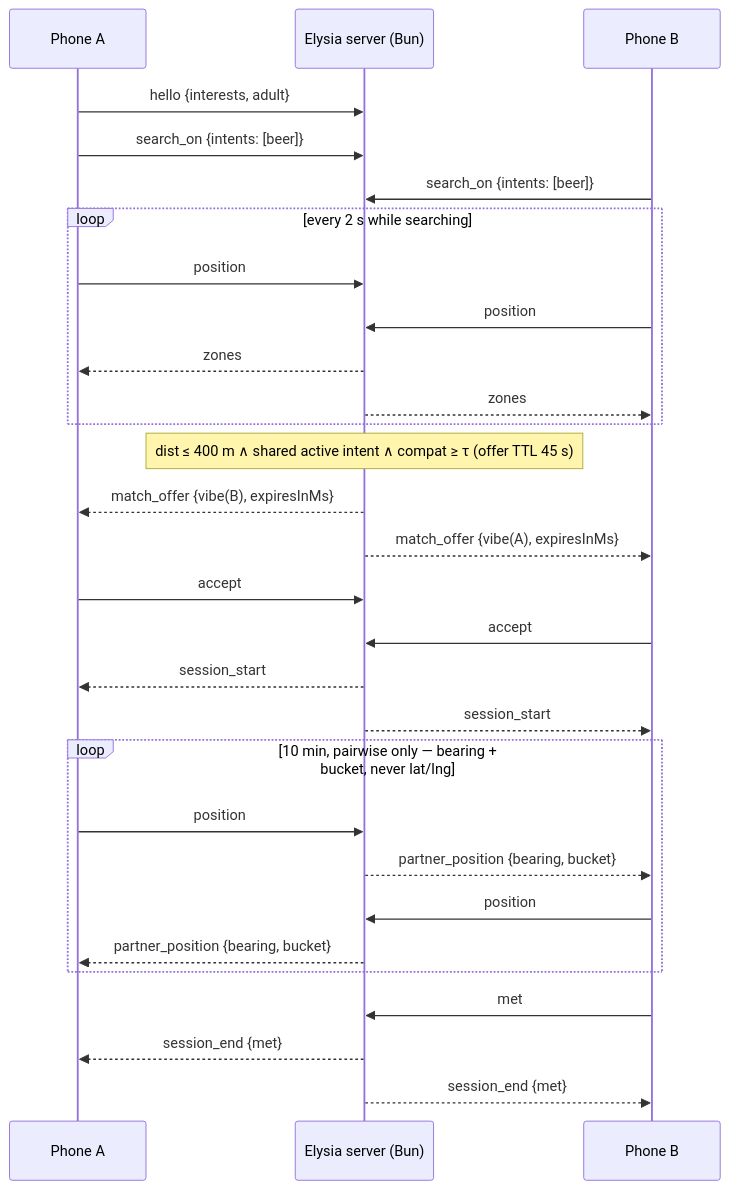
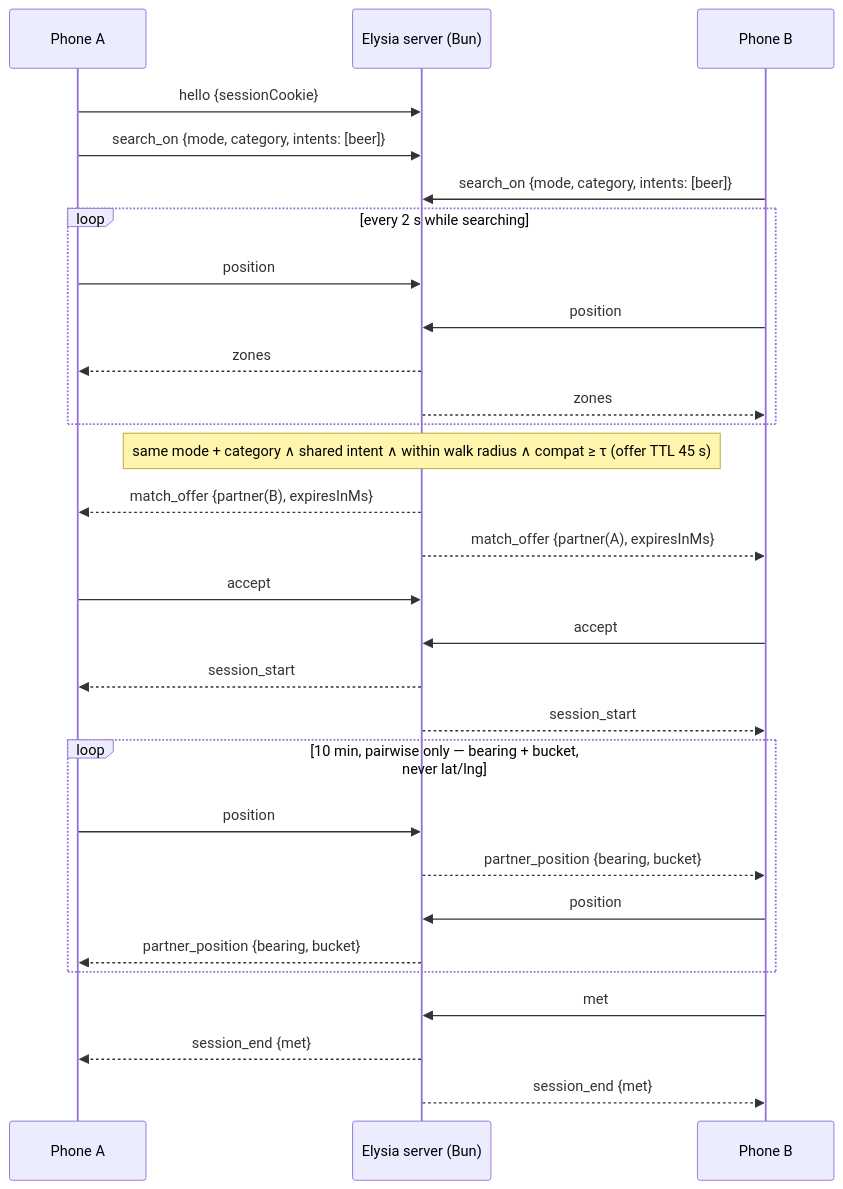
Before and after one commit to uteg-labs/just-mate: the second of 2 diagrams in docs/STRUCTURE.md, drawn with Mermaid. The commit also changed other lines of this file and 32 other files, not shown here.

First line of the commit message:
feat(server): design-system flows on the wire and the matching loop

````diff
--- a/docs/STRUCTURE.md
+++ b/docs/STRUCTURE.md
@@ -251,31 +254,31 @@
 ```mermaid
 sequenceDiagram
     participant A as Phone A
     participant S as Elysia server (Bun)
     participant B as Phone B
-    A->>S: hello {interests, adult}
-    A->>S: search_on {intents: [beer]}
-    B->>S: search_on {intents: [beer]}
+    A->>S: hello {sessionCookie}
+    A->>S: search_on {mode, category, intents: [beer]}
+    B->>S: search_on {mode, category, intents: [beer]}
     loop every 2 s while searching
         A->>S: position
         B->>S: position
         S-->>A: zones
         S-->>B: zones
     end
-    Note over S: dist ≤ 400 m ∧ shared active intent ∧ compat ≥ τ (offer TTL 45 s)
-    S-->>A: match_offer {vibe(B), expiresInMs}
-    S-->>B: match_offer {vibe(A), expiresInMs}
+    Note over S: same mode + category ∧ shared intent ∧ within walk radius ∧ compat ≥ τ (offer TTL 45 s)
+    S-->>A: match_offer {partner(B), expiresInMs}
+    S-->>B: match_offer {partner(A), expiresInMs}
     A->>S: accept
     B->>S: accept
     S-->>A: session_start
     S-->>B: session_start
     loop 10 min, pairwise only — bearing + bucket, never lat/lng
         A->>S: position
         S-->>B: partner_position {bearing, bucket}
         B->>S: position
         S-->>A: partner_position {bearing, bucket}
     end
     B->>S: met
     S-->>A: session_end {met}
     S-->>B: session_end {met}
 ```
````
